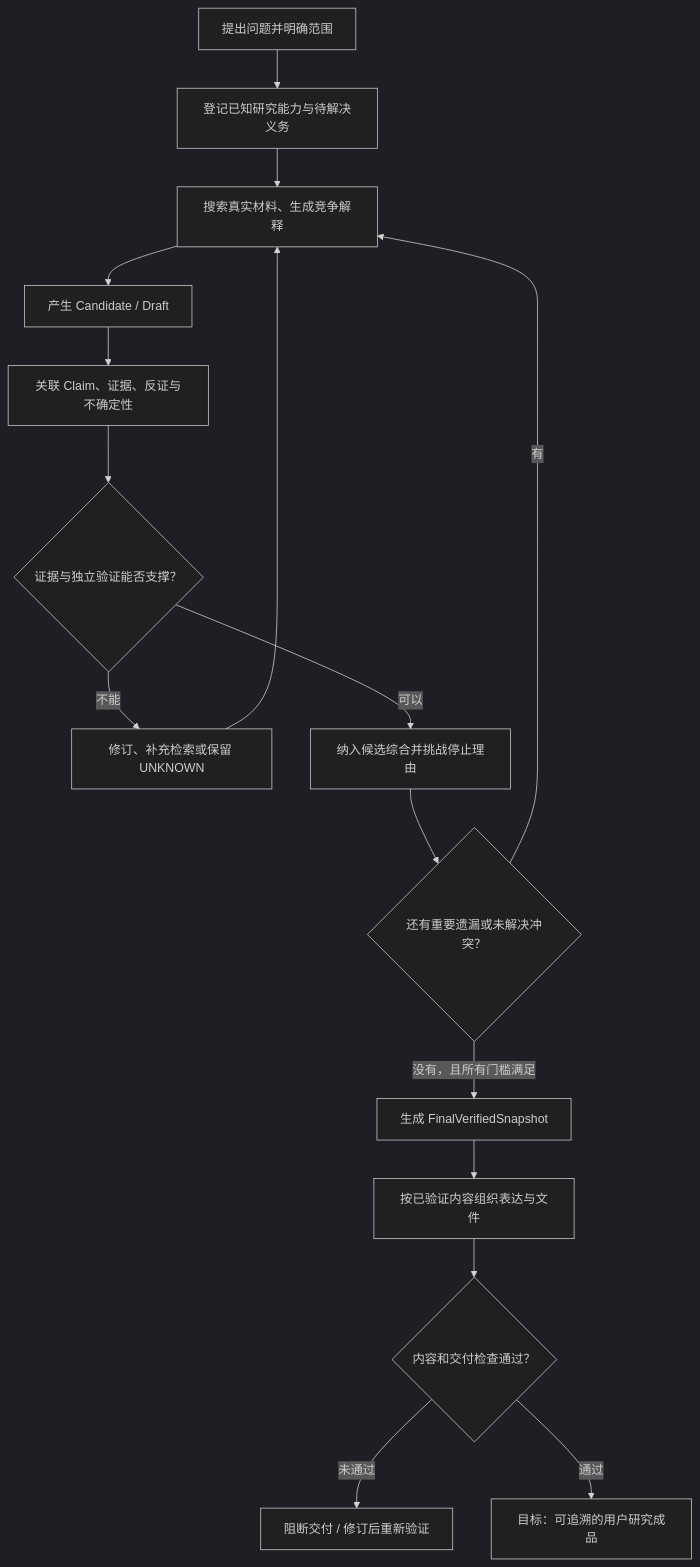
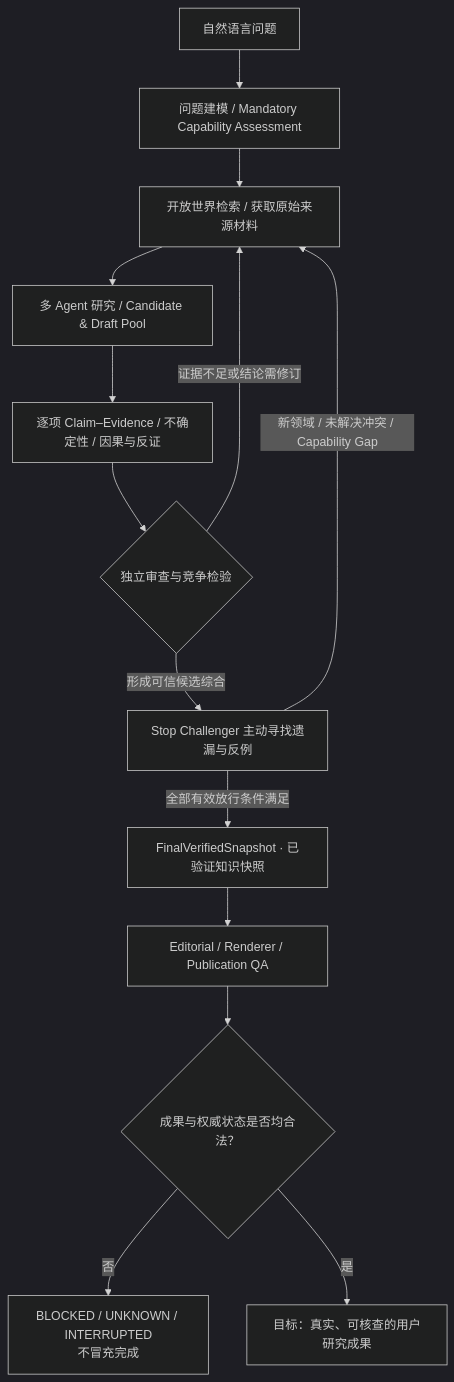
The third of 4 diagrams in README.md (llootupsl/profound-cognition), drawn with Mermaid (dark theme) before and after one commit. The commit also changed other lines of this file, not shown here.

Commit message:
docs: explain complete RC14 architecture, nested Skill boundary and honest research goals

````diff
--- a/README.md
+++ b/README.md
@@ -86,18 +139,17 @@
 ```mermaid
 flowchart TD
-    A["提出问题并明确范围"] --> B["登记已知研究能力与待解决义务"]
-    B --> C["搜索真实材料、生成竞争解释"]
-    C --> D["产生 Candidate / Draft"]
-    D --> E["关联 Claim、证据、反证与不确定性"]
-    E --> F{"证据与独立验证能否支撑？"}
-    F -->|"不能"| G["修订、补充检索或保留 UNKNOWN"]
-    G --> C
-    F -->|"可以"| H["纳入候选综合并挑战停止理由"]
-    H --> I{"还有重要遗漏或未解决冲突？"}
-    I -->|"有"| C
-    I -->|"没有，且所有门槛满足"| J["生成 FinalVerifiedSnapshot"]
-    J --> K["按已验证内容组织表达与文件"]
-    K --> L{"内容和交付检查通过？"}
-    L -->|"未通过"| M["阻断交付 / 修订后重新验证"]
-    L -->|"通过"| N["目标：可追溯的用户研究成品"]
+    Q["自然语言问题"]
+    Q --> U["问题建模 / Mandatory Capability Assessment"]
+    U --> S["开放世界检索 / 获取原始来源材料"]
+    S --> C["多 Agent 研究 / Candidate & Draft Pool"]
+    C --> E["逐项 Claim–Evidence / 不确定性 / 因果与反证"]
+    E --> V{"独立审查与竞争检验"}
+    V -->|"证据不足或结论需修订"| S
+    V -->|"形成可信候选综合"| X["Stop Challenger 主动寻找遗漏与反例"]
+    X -->|"新领域 / 未解决冲突 / Capability Gap"| S
+    X -->|"全部有效放行条件满足"| F["FinalVerifiedSnapshot · 已验证知识快照"]
+    F --> R["Editorial / Renderer / Publication QA"]
+    R --> G{"成果与权威状态是否均合法？"}
+    G -->|"否"| H["BLOCKED / UNKNOWN / INTERRUPTED<br/>不冒充完成"]
+    G -->|"是"| O["目标：真实、可核查的用户研究成果"]
 ```
````
